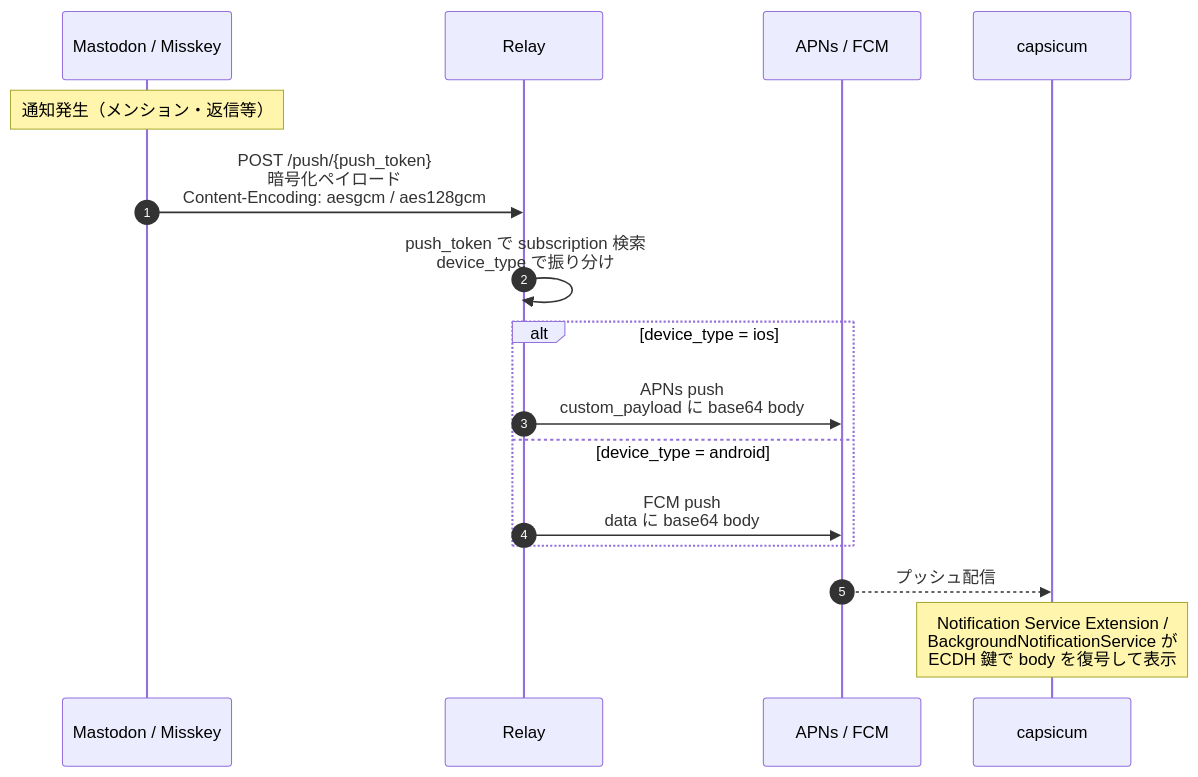
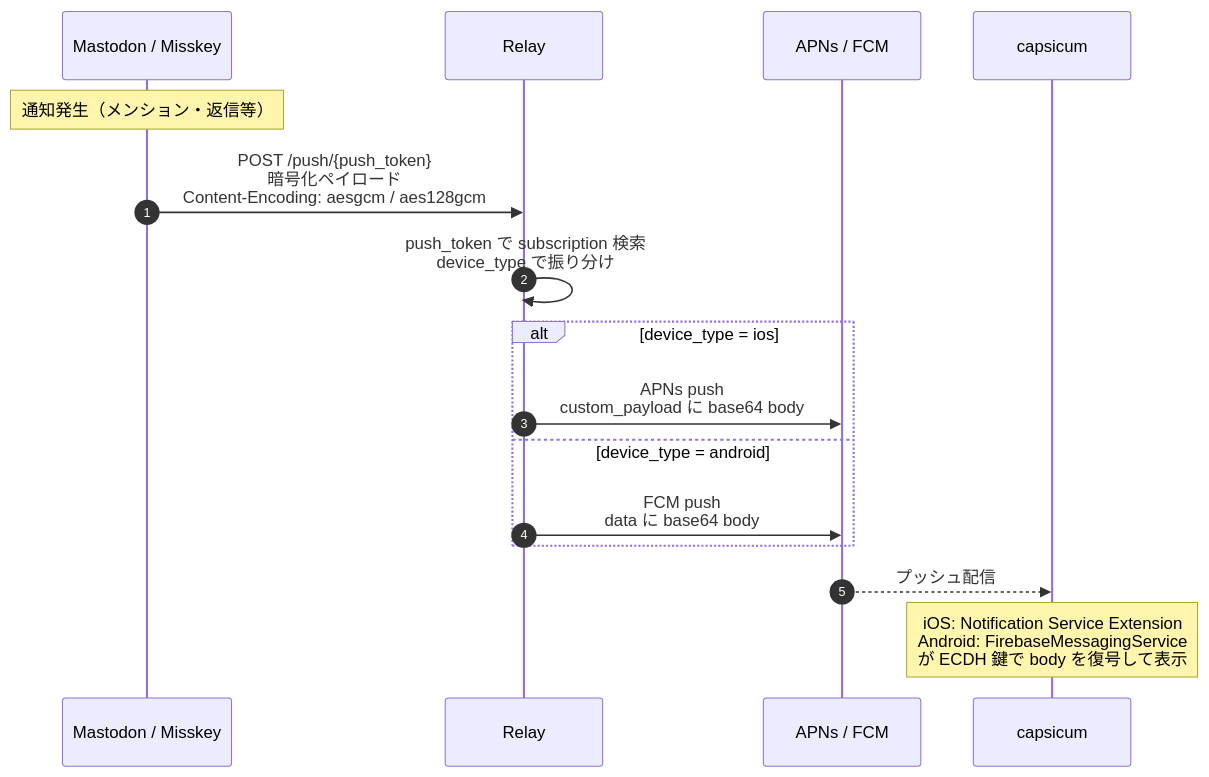
Before and after one commit to pooza/capsicum: the second of 3 diagrams in docs/architecture.md, drawn with Mermaid.

Commit message:
docs: プッシュ通知配信フロー図の Android 側コンポーネント表記を修正
BackgroundNotificationService は workmanager ベースのポーリング経路
（#348 で撤去予定）であり、プッシュ受信の経路ではない。Android 側は
FirebaseMessagingService が担当するため、配信フロー図の注記を
iOS / Android で明示的に書き分ける。

````diff
--- a/docs/architecture.md
+++ b/docs/architecture.md
@@ -288,20 +288,20 @@
 ```mermaid
 sequenceDiagram
     autonumber
     participant Fedi as Mastodon / Misskey
     participant Relay as Relay
     participant OS as APNs / FCM
     participant App as capsicum
 
     Note over Fedi: 通知発生（メンション・返信等）
     Fedi->>Relay: POST /push/{push_token}<br/>暗号化ペイロード<br/>Content-Encoding: aesgcm / aes128gcm
     Relay->>Relay: push_token で subscription 検索<br/>device_type で振り分け
 
     alt device_type = ios
         Relay->>OS: APNs push<br/>custom_payload に base64 body
     else device_type = android
         Relay->>OS: FCM push<br/>data に base64 body
     end
     OS-->>App: プッシュ配信
-    Note over App: Notification Service Extension /<br/>BackgroundNotificationService が<br/>ECDH 鍵で body を復号して表示
+    Note over App: iOS: Notification Service Extension<br/>Android: FirebaseMessagingService<br/>が ECDH 鍵で body を復号して表示
 ```
````
